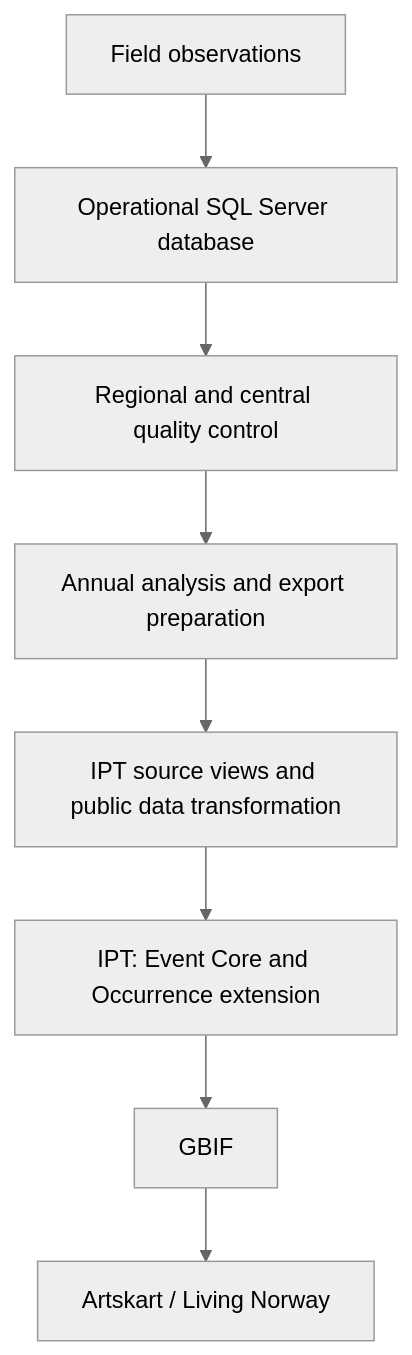
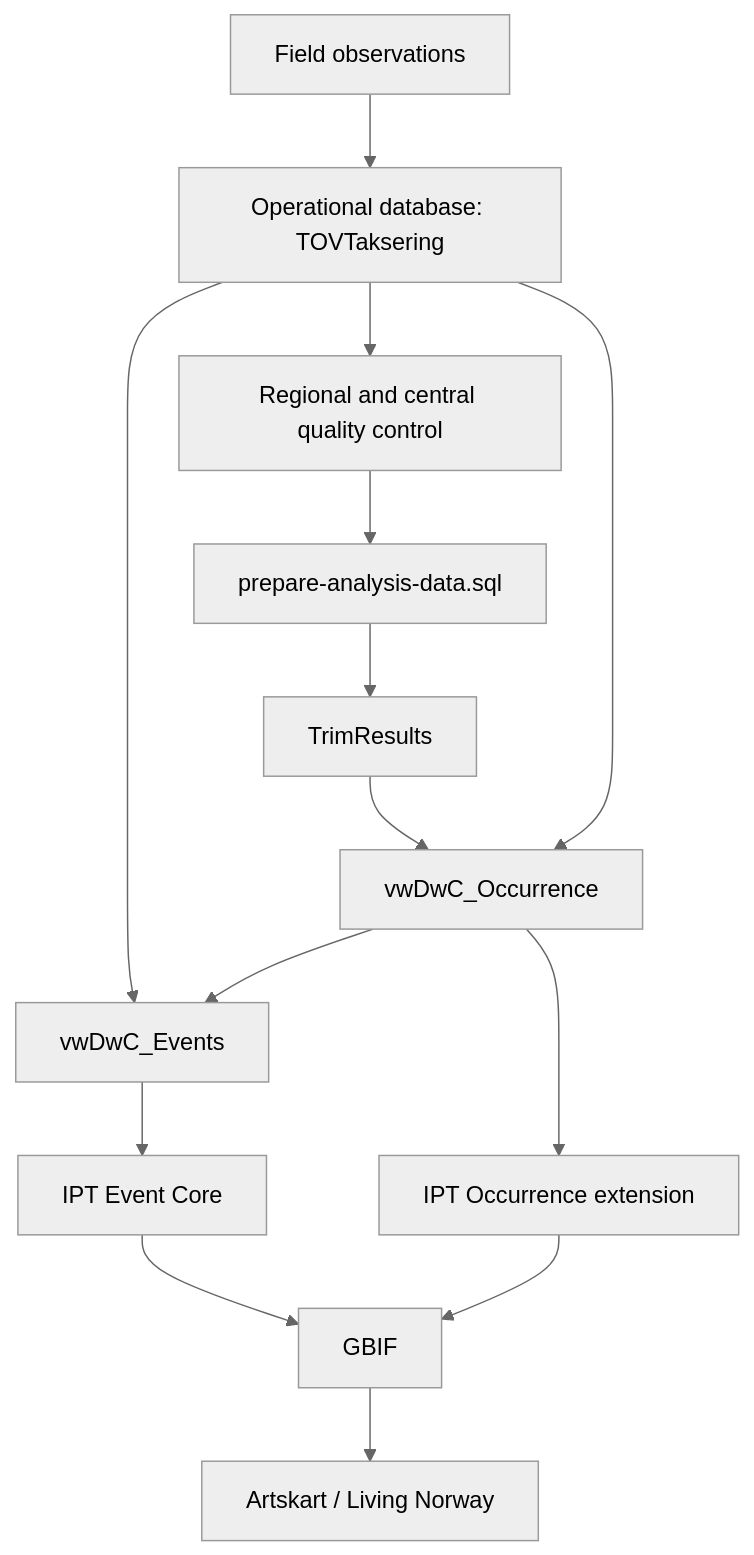
Before and after one commit to NINAnor/norwegian-bird-monitoring: the diagram in docs/d2-publication.md, drawn with Mermaid (neutral theme). The commit also changed other lines of this file, not shown here.

First line of the commit message:
Document IPT source views and D2 data transformation

````diff
--- a/docs/d2-publication.md
+++ b/docs/d2-publication.md
@@ -22,10 +22,16 @@
 ```mermaid
 flowchart TD
-    A[Field observations] --> B[Operational SQL Server database]
+    A[Field observations] --> B[Operational database: TOVTaksering]
     B --> C[Regional and central quality control]
-    C --> D[Annual analysis and export preparation]
-    D --> E[IPT source views and public data transformation]
-    E --> F[IPT: Event Core and Occurrence extension]
-    F --> G[GBIF]
-    G --> H[Artskart / Living Norway]
+    C --> D[prepare-analysis-data.sql]
+    D --> E[TrimResults]
+    E --> F[vwDwC_Occurrence]
+    B --> F
+    B --> G[vwDwC_Events]
+    F --> G
+    G --> H[IPT Event Core]
+    F --> I[IPT Occurrence extension]
+    H --> J[GBIF]
+    I --> J
+    J --> K[Artskart / Living Norway]
 ```
````
